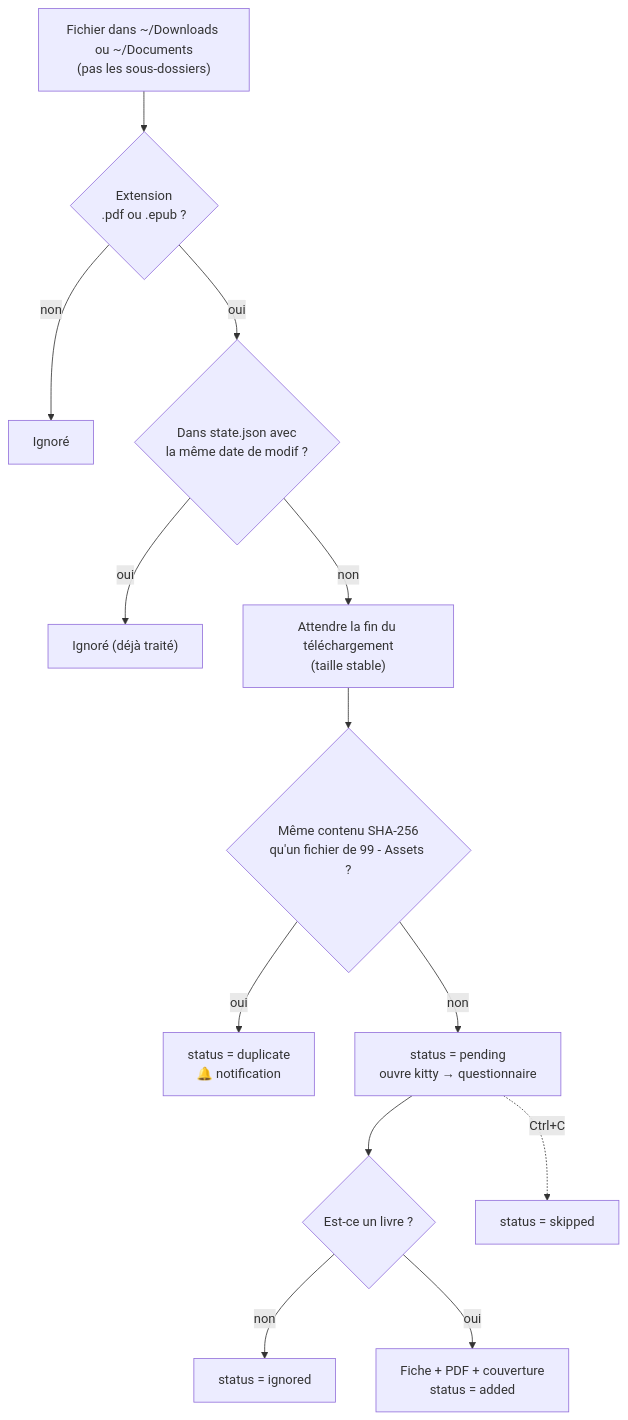
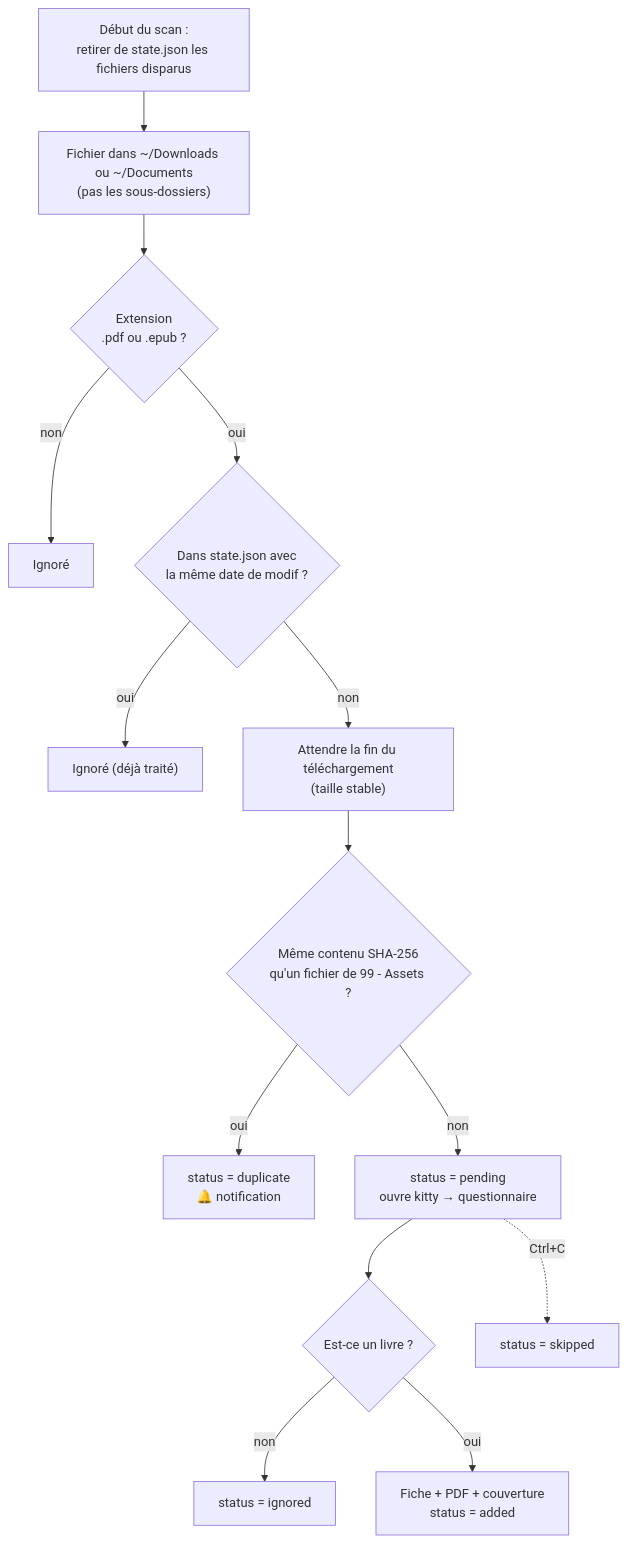
One commit to BriceSIOU/obsidian-library-importer changed the third of 4 diagrams in docs/Bibliothèque - Service d'import automatique.md. Above: the diagram before and after it, drawn with Mermaid. The commit also changed other lines of this file and 1 other file, not shown here.

Commit message:
state.json : oublier les fichiers disparus

````diff
--- a/docs/Bibliothèque - Service d'import automatique.md
+++ b/docs/Bibliothèque - Service d'import automatique.md
@@ -124,15 +125,16 @@
 ```mermaid
 flowchart TD
+    Z["Début du scan :<br/>retirer de state.json les fichiers disparus"] --> A
     A["Fichier dans ~/Downloads ou ~/Documents<br/>(pas les sous-dossiers)"] --> B{"Extension<br/>.pdf ou .epub ?"}
     B -- non --> X1["Ignoré"]
     B -- oui --> C{"Dans state.json avec<br/>la même date de modif ?"}
     C -- oui --> X2["Ignoré (déjà traité)"]
     C -- non --> D["Attendre la fin du téléchargement<br/>(taille stable)"]
     D --> E{"Même contenu SHA-256<br/>qu'un fichier de 99 - Assets ?"}
     E -- oui --> F["status = duplicate<br/>🔔 notification"]
     E -- non --> G["status = pending<br/>ouvre kitty → questionnaire"]
     G --> H{"Est-ce un livre ?"}
     H -- non --> I["status = ignored"]
     H -- oui --> J["Fiche + PDF + couverture<br/>status = added"]
     G -. "Ctrl+C" .-> K["status = skipped"]
 ```
````
